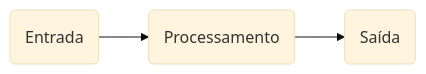
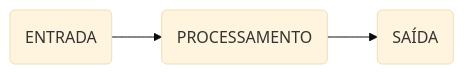
One commit to eajardini/vtpapog2026 changed the diagram in apostila/chap01.md. Above: the diagram before and after it, drawn with Mermaid (base theme). The commit also changed other lines of this file, not shown here.

````diff
--- a/apostila/chap01.md
+++ b/apostila/chap01.md
@@ -88,6 +88,6 @@
 ```mermaid
 flowchart LR
-    A(Entrada) --> B(Processamento);
-    B --> C(Saída);
+    A(ENTRADA) --> B(PROCESSAMENTO);
+    B --> C(SAÍDA);
 
 ```
````
